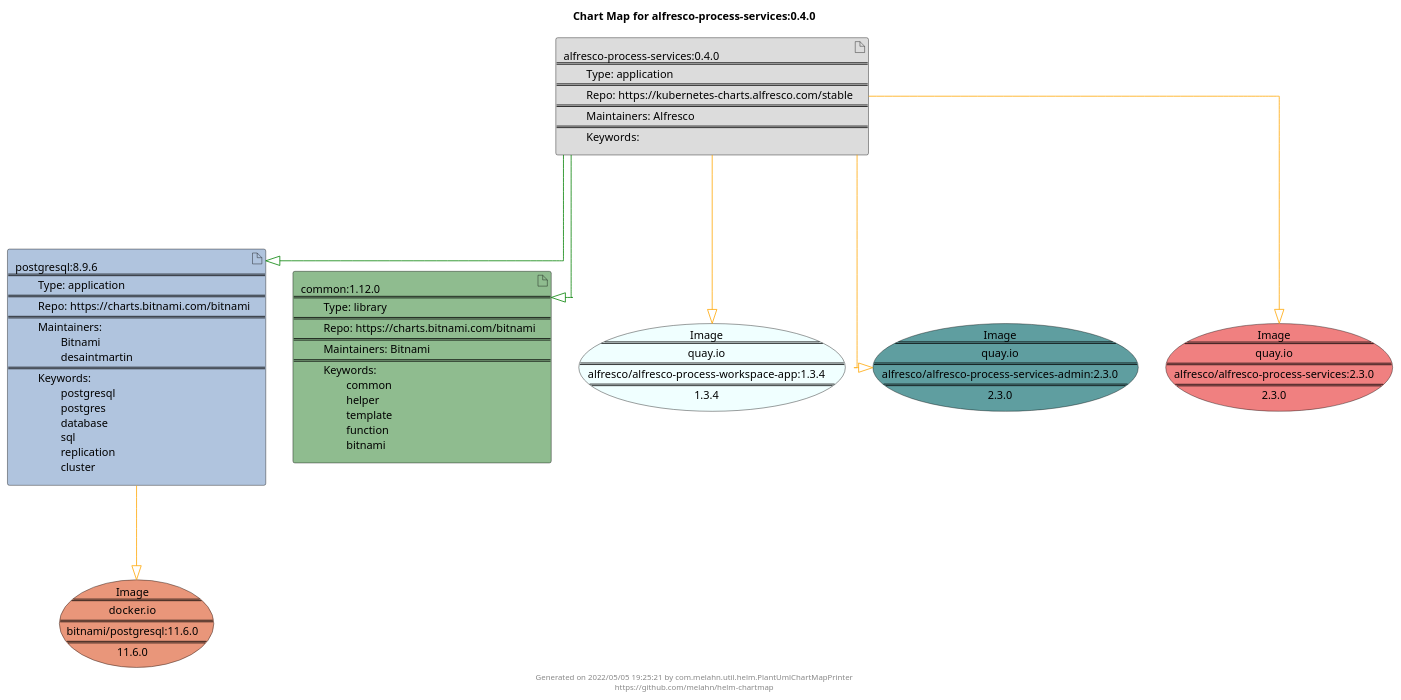
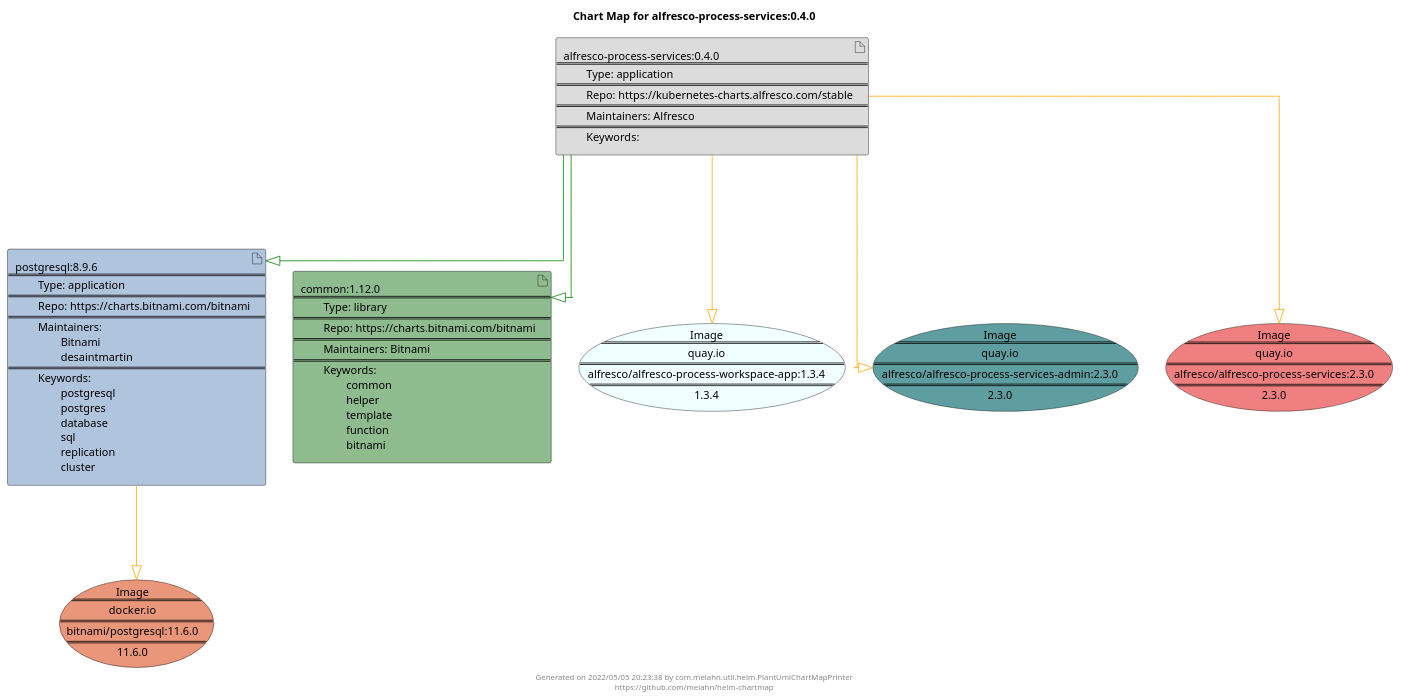
The diagram in docs/alfresco-process-services/alfresco-process-services-0.4.0.puml (melahn/helm-chartmap), drawn with PlantUML before and after one commit. The commit also changed 64 other files, not shown here.

Commit message:
Update Example Chart Maps as part of GitHub build

```diff
--- a/docs/alfresco-process-services/alfresco-process-services-0.4.0.puml
+++ b/docs/alfresco-process-services/alfresco-process-services-0.4.0.puml
@@ -1,31 +1,31 @@
 @startuml
 skinparam linetype ortho
 skinparam backgroundColor white
 skinparam usecaseBorderColor black
 skinparam usecaseArrowColor LightSlateGray
 skinparam artifactBorderColor black
 skinparam artifactArrowColor LightSlateGray
 
 title Chart Map for alfresco-process-services:0.4.0
 
 'There are 3 referenced Helm Charts
 artifact "alfresco-process-services:0.4.0\n====\n\tType: application\n====\n\tRepo: https://kubernetes-charts.alfresco.com/stable\n====\n\tMaintainers: Alfresco\n====\n\tKeywords: " as alfresco_process_services_0_4_0 #Gainsboro
 artifact "postgresql:8.9.6\n====\n\tType: application\n====\n\tRepo: https://charts.bitnami.com/bitnami\n====\n\tMaintainers: \n\t\tBitnami\n\t\tdesaintmartin\n====\n\tKeywords: \n\t\tpostgresql\n\t\tpostgres\n\t\tdatabase\n\t\tsql\n\t\treplication\n\t\tcluster" as postgresql_8_9_6 #LightSteelBlue
 artifact "common:1.12.0\n====\n\tType: library\n====\n\tRepo: https://charts.bitnami.com/bitnami\n====\n\tMaintainers: Bitnami\n====\n\tKeywords: \n\t\tcommon\n\t\thelper\n\t\ttemplate\n\t\tfunction\n\t\tbitnami" as common_1_12_0 #DarkSeaGreen
 
 'There are 4 referenced Docker Images
 usecase "Image\n====\nquay.io\n====\nalfresco/alfresco-process-workspace-app:1.3.4\n====\n1.3.4" as quay_io_alfresco_alfresco_process_workspace_app_1_3_4 #Azure
 usecase "Image\n====\nquay.io\n====\nalfresco/alfresco-process-services-admin:2.3.0\n====\n2.3.0" as quay_io_alfresco_alfresco_process_services_admin_2_3_0 #CadetBlue
 usecase "Image\n====\ndocker.io\n====\nbitnami/postgresql:11.6.0\n====\n11.6.0" as docker_io_bitnami_postgresql_11_6_0 #DarkSalmon
 usecase "Image\n====\nquay.io\n====\nalfresco/alfresco-process-services:2.3.0\n====\n2.3.0" as quay_io_alfresco_alfresco_process_services_2_3_0 #LightCoral
 
 'Chart Dependencies
+alfresco_process_services_0_4_0--[#green]-|>postgresql_8_9_6
 alfresco_process_services_0_4_0--[#green]-|>common_1_12_0
-alfresco_process_services_0_4_0--[#green]-|>postgresql_8_9_6
 alfresco_process_services_0_4_0--[#orange]-|>quay_io_alfresco_alfresco_process_services_admin_2_3_0
 alfresco_process_services_0_4_0--[#orange]-|>quay_io_alfresco_alfresco_process_workspace_app_1_3_4
 alfresco_process_services_0_4_0--[#orange]-|>quay_io_alfresco_alfresco_process_services_2_3_0
 postgresql_8_9_6--[#orange]-|>docker_io_bitnami_postgresql_11_6_0
 
-center footer Generated on 2022/05/05 19:25:21 by com.melahn.util.helm.PlantUmlChartMapPrinter\nhttps://github.com/melahn/helm-chartmap
+center footer Generated on 2022/05/05 20:23:38 by com.melahn.util.helm.PlantUmlChartMapPrinter\nhttps://github.com/melahn/helm-chartmap
 @enduml
```
